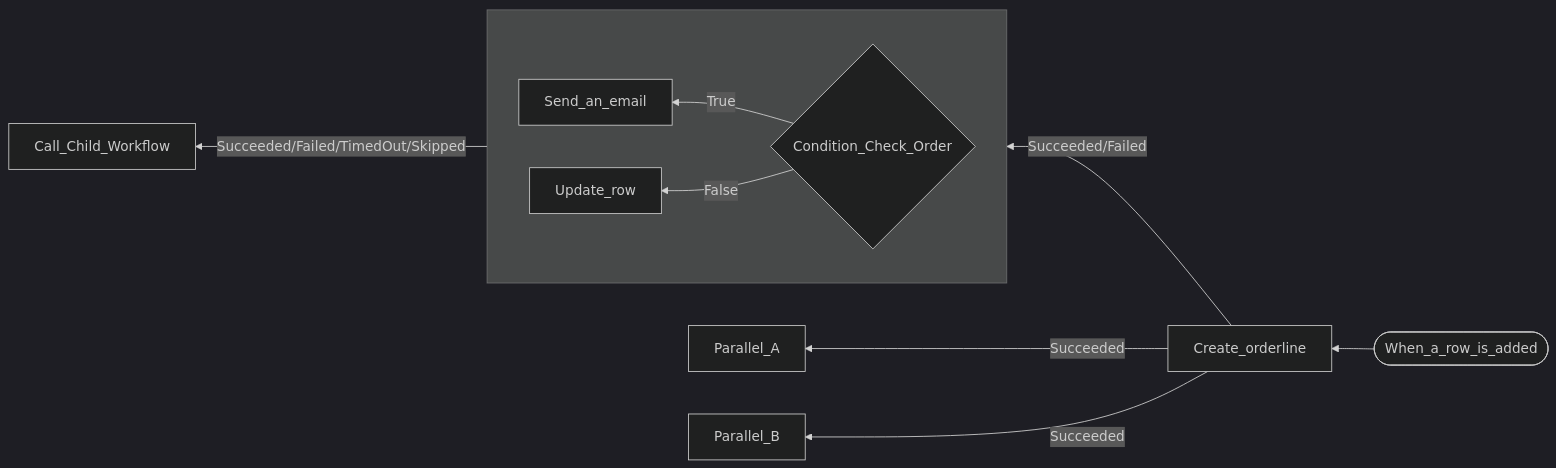
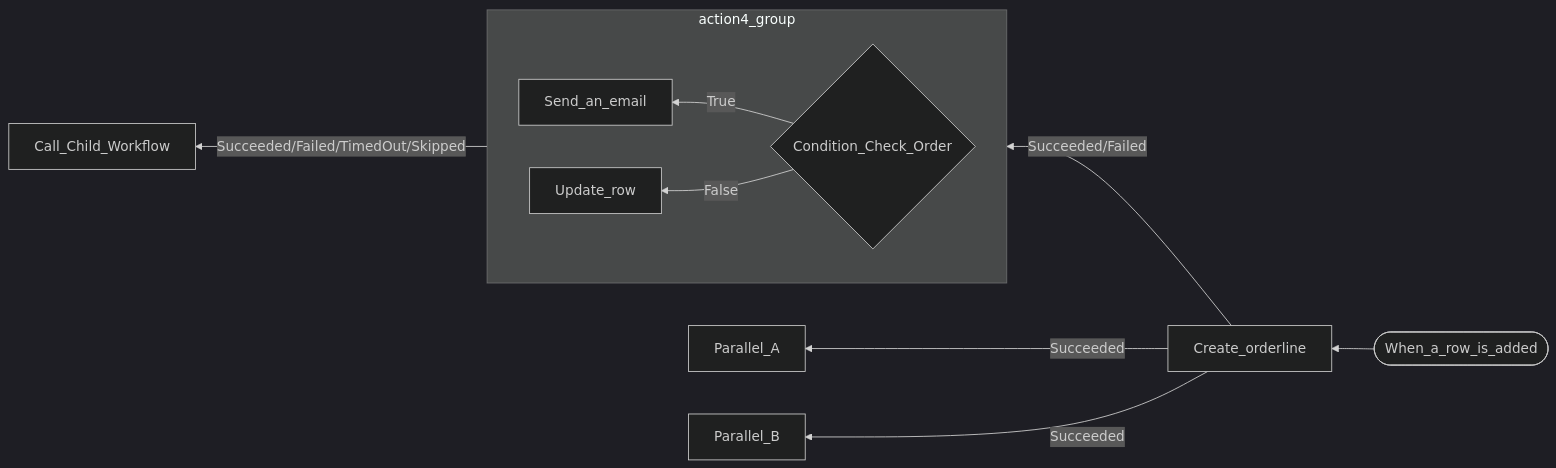
One commit to autosysops/PowerShell_PowerPlatformChecker changed the diagram in tests/fixtures/expected/FlowChart.SampleFlow.RL.expected.md. Above: the diagram before and after it, drawn with Mermaid (dark theme). The commit also changed 80 other files, not shown here.

Commit message:
Added option to generate flowcharts for desktop flows and get information from power apps (model and canvas). Also added option to generate external diagrams.

```diff
--- a/tests/fixtures/expected/FlowChart.SampleFlow.RL.expected.md
+++ b/tests/fixtures/expected/FlowChart.SampleFlow.RL.expected.md
@@ -1,21 +1,21 @@
 :::mermaid
 flowchart RL
 action0(["When_a_row_is_added"])
 action1["Call_Child_Workflow"]
 action5["Create_orderline"]
 action6["Parallel_A"]
 action7["Parallel_B"]
-subgraph action4_group[" "]
+subgraph action4_group
 direction RL
 action2["Send_an_email"]
 action3["Update_row"]
 action4{"Condition_Check_Order"}
 action4 -- False --> action3
 action4 -- True --> action2
 end
 action0 --> action5
 action4_group -- Succeeded/Failed/TimedOut/Skipped --> action1
 action5 -- Succeeded --> action6
 action5 -- Succeeded --> action7
 action5 -- Succeeded/Failed --> action4_group
 :::
```
